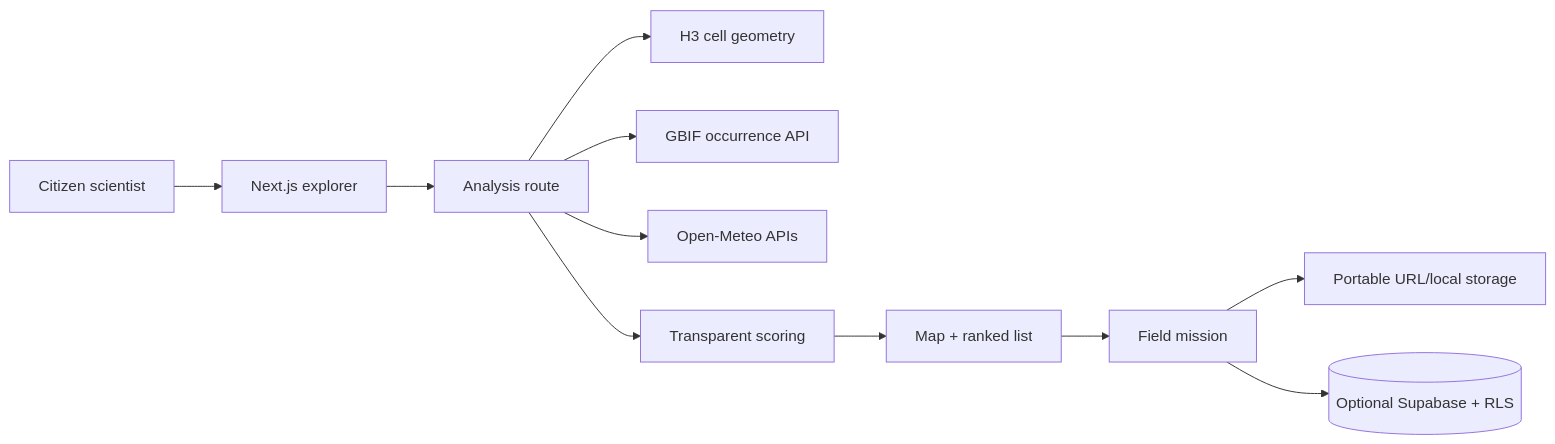
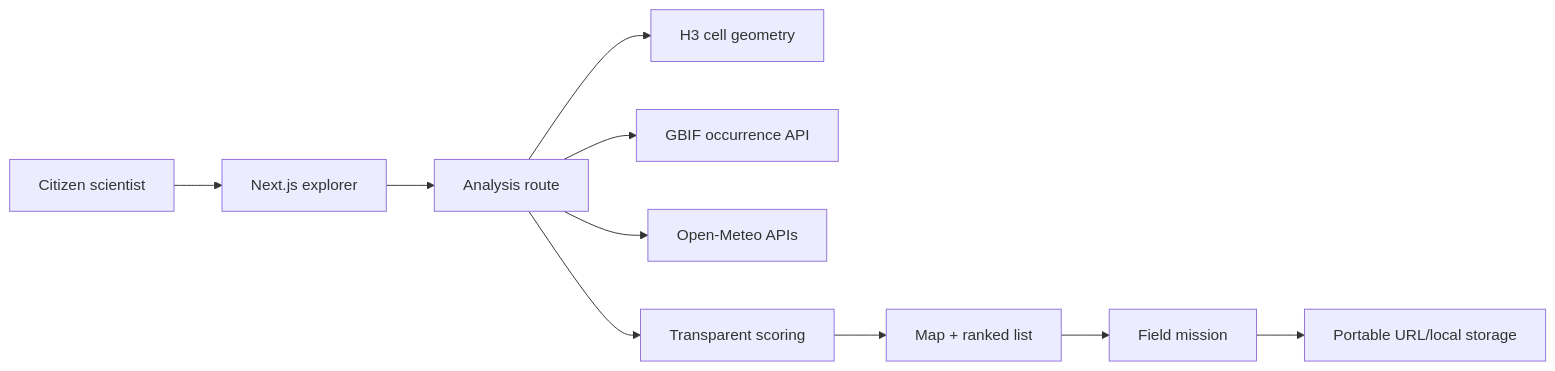
The diagram in README.md (Fink692/wildgap), drawn with Mermaid before and after one commit. The commit also changed other lines of this file and 22 other files, not shown here.

Commit message:
Remove sign-in from mission flow

````diff
--- a/README.md
+++ b/README.md
@@ -71,13 +55,12 @@
 ```mermaid
 flowchart LR
   U[Citizen scientist] --> E[Next.js explorer]
   E --> A[Analysis route]
   A --> H[H3 cell geometry]
   A --> G[GBIF occurrence API]
   A --> W[Open-Meteo APIs]
   A --> S[Transparent scoring]
   S --> M[Map + ranked list]
   M --> F[Field mission]
   F --> P[Portable URL/local storage]
-  F --> DB[(Optional Supabase + RLS)]
 ```
````
